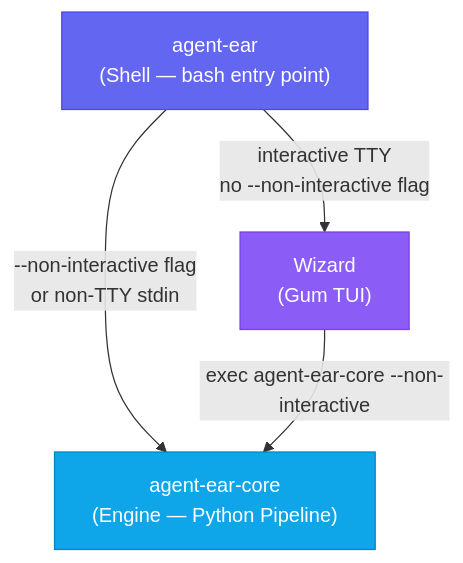
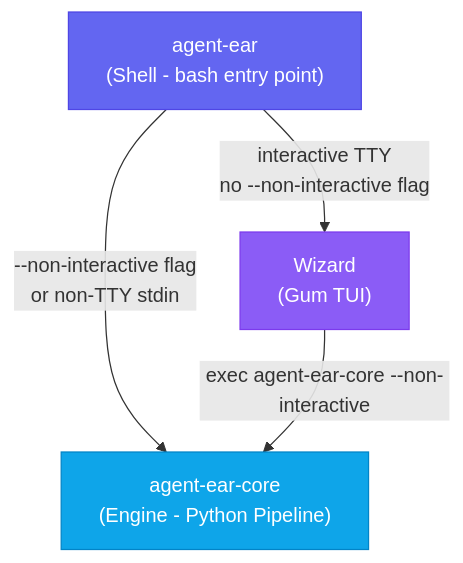
One commit to Aurelian-Shuttleworth/agent-ear changed the first of 6 diagrams in docs/explanation/architecture.md. Above: the diagram before and after it, drawn with Mermaid. The commit also changed other lines of this file and 14 other files, not shown here.

````diff
--- a/docs/explanation/architecture.md
+++ b/docs/explanation/architecture.md
@@ -8,10 +8,10 @@
 ```mermaid
 graph TD
-    A["agent-ear<br/>(Shell — bash entry point)"] -->|"--non-interactive flag<br/>or non-TTY stdin"| B["agent-ear-core<br/>(Engine — Python Pipeline)"]
+    A["agent-ear<br/>(Shell - bash entry point)"] -->|"--non-interactive flag<br/>or non-TTY stdin"| B["agent-ear-core<br/>(Engine - Python Pipeline)"]
     A -->|"interactive TTY<br/>no --non-interactive flag"| A_TUI["Wizard<br/>(Gum TUI)"]
     A_TUI -->|"exec agent-ear-core --non-interactive"| B
 
     style A fill:#6366f1,stroke:#4f46e5,color:#fff
     style A_TUI fill:#8b5cf6,stroke:#7c3aed,color:#fff
     style B fill:#0ea5e9,stroke:#0284c7,color:#fff
 ```
````
